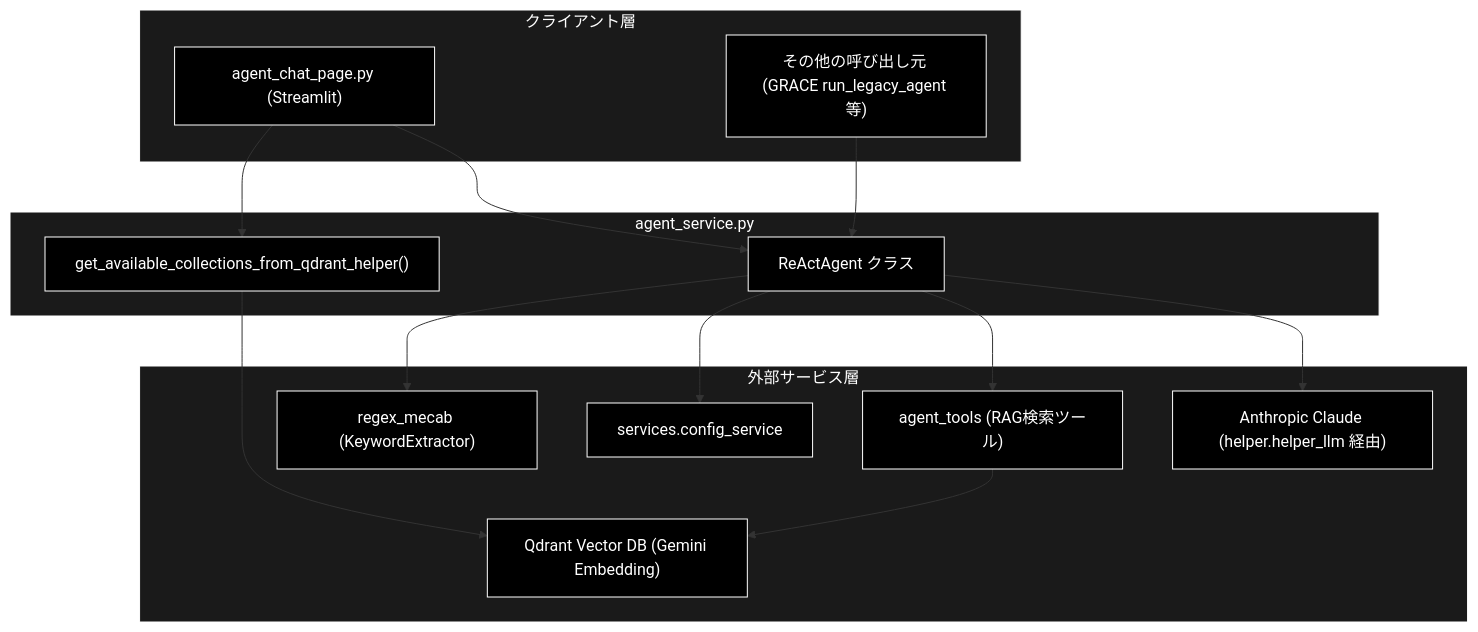
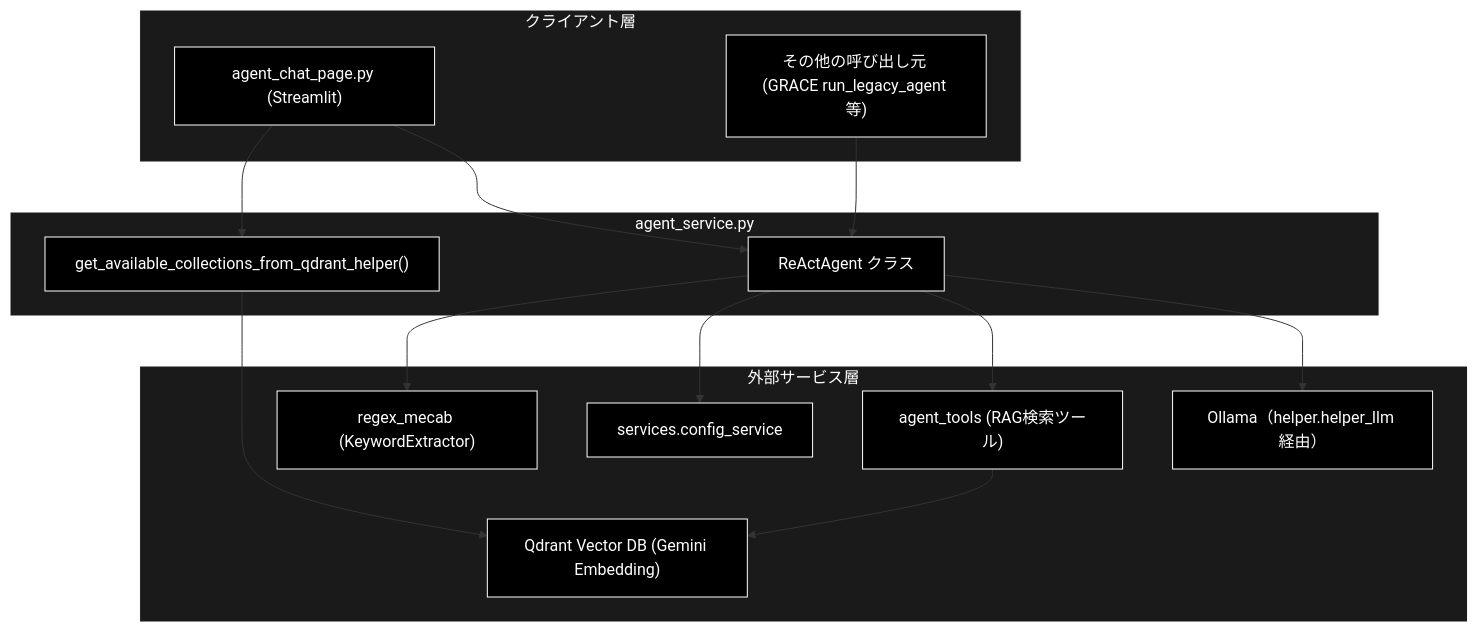
The first of 3 diagrams in services/docs/agent_service.md (nakashima2toshio/grace_v2_local), drawn with Mermaid before and after one commit. The commit also changed other lines of this file and 12 other files, not shown here.

First line of the commit message:
docs: 実装と食い違う Anthropic 表記を Ollama へ是正する

````diff
--- a/services/docs/agent_service.md
+++ b/services/docs/agent_service.md
@@ -71,36 +73,36 @@
 ```mermaid
 flowchart TB
     subgraph CLIENT["クライアント層"]
         UI["agent_chat_page.py (Streamlit)"]
         OTHER["その他の呼び出し元 (GRACE run_legacy_agent 等)"]
     end
 
     subgraph MODULE["agent_service.py"]
         AGENT["ReActAgent クラス"]
         HELPER["get_available_collections_from_qdrant_helper()"]
     end
 
     subgraph EXTERNAL["外部サービス層"]
-        LLM["Anthropic Claude (helper.helper_llm 経由)"]
+        LLM["Ollama（helper.helper_llm 経由）"]
         TOOLS["agent_tools (RAG検索ツール)"]
         QDRANT["Qdrant Vector DB (Gemini Embedding)"]
         CONFIG["services.config_service"]
         MECAB["regex_mecab (KeywordExtractor)"]
     end
 
     UI --> AGENT
     OTHER --> AGENT
     UI --> HELPER
     AGENT --> LLM
     AGENT --> TOOLS
     AGENT --> CONFIG
     AGENT --> MECAB
     TOOLS --> QDRANT
     HELPER --> QDRANT
 classDef default fill:#000,stroke:#fff,color:#fff
 classDef subgraphStyle fill:#1a1a1a,stroke:#fff,color:#fff
 class UI,OTHER,AGENT,HELPER,LLM,TOOLS,QDRANT,CONFIG,MECAB default
 style CLIENT fill:#1a1a1a,stroke:#fff,color:#fff
 style MODULE fill:#1a1a1a,stroke:#fff,color:#fff
 style EXTERNAL fill:#1a1a1a,stroke:#fff,color:#fff
 ```
````
